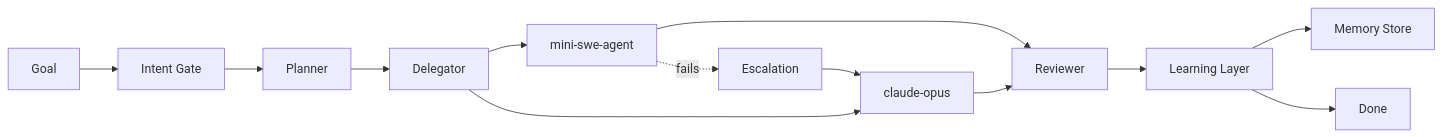
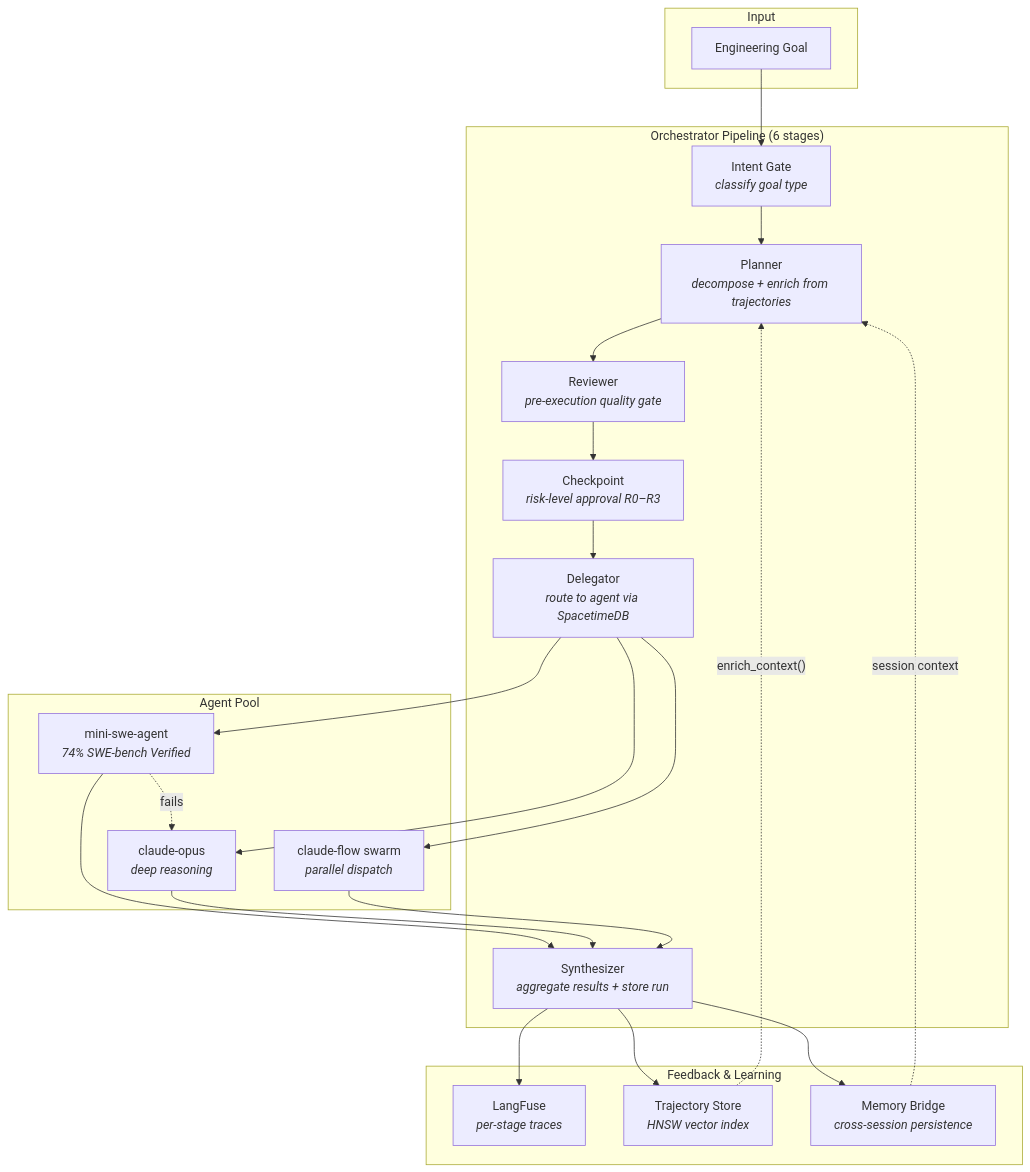
Before and after one commit to JustinJLeopard/JustAi: the diagram in justai-demo-readme/README.md, drawn with Mermaid. The commit also changed other lines of this file, not shown here.

First line of the commit message:
docs: rewrite README with scientific depth — frameworks, LangFuse, SpacetimeDB, trajectories

````diff
--- a/justai-demo-readme/README.md
+++ b/justai-demo-readme/README.md
@@ -13,15 +15,32 @@
 ```mermaid
-graph LR
-    A[Goal] --> B[Intent Gate]
-    B --> C[Planner]
-    C --> D[Delegator]
-    D --> E[mini-swe-agent]
-    D --> F[claude-opus]
-    E --> G[Reviewer]
-    F --> G
-    G --> H[Learning Layer]
-    H --> I[Memory Store]
-    H --> J[Done]
-    E -.->|fails| K[Escalation]
-    K --> F
+graph TB
+    subgraph Input
+        A[Engineering Goal]
+    end
+    subgraph Orchestrator["Orchestrator Pipeline (6 stages)"]
+        B[Intent Gate<br/><i>classify goal type</i>]
+        C[Planner<br/><i>decompose + enrich from trajectories</i>]
+        D[Reviewer<br/><i>pre-execution quality gate</i>]
+        E[Checkpoint<br/><i>risk-level approval R0–R3</i>]
+        F[Delegator<br/><i>route to agent via SpacetimeDB</i>]
+        G[Synthesizer<br/><i>aggregate results + store run</i>]
+    end
+    subgraph Agents["Agent Pool"]
+        H[mini-swe-agent<br/><i>74% SWE-bench Verified</i>]
+        I[claude-opus<br/><i>deep reasoning</i>]
+        J[claude-flow swarm<br/><i>parallel dispatch</i>]
+    end
+    subgraph Feedback["Feedback & Learning"]
+        K[LangFuse<br/><i>per-stage traces</i>]
+        L[Trajectory Store<br/><i>HNSW vector index</i>]
+        M[Memory Bridge<br/><i>cross-session persistence</i>]
+    end
+
+    A --> B --> C --> D --> E --> F
+    F --> H & I & J
+    H & I & J --> G
+    G --> K & L & M
+    L -.->|"enrich_context()"| C
+    M -.->|"session context"| C
+    H -.->|"fails"| I
 ```
````
